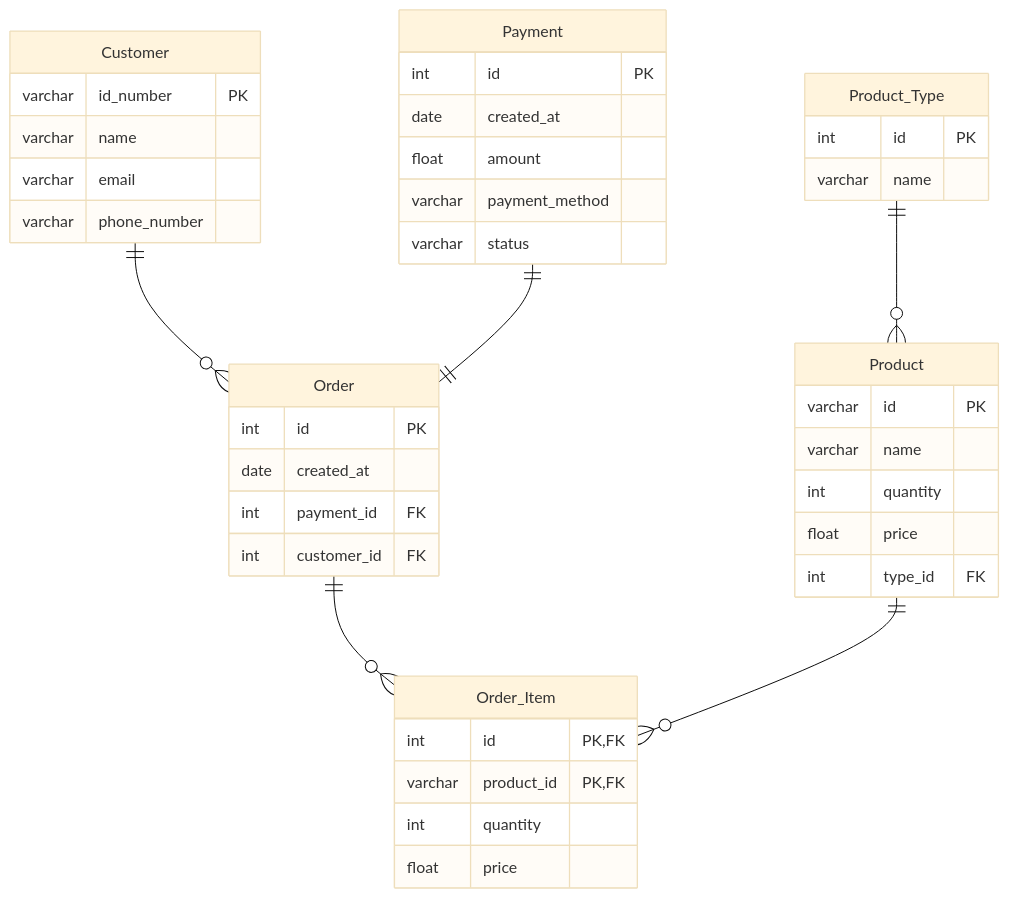
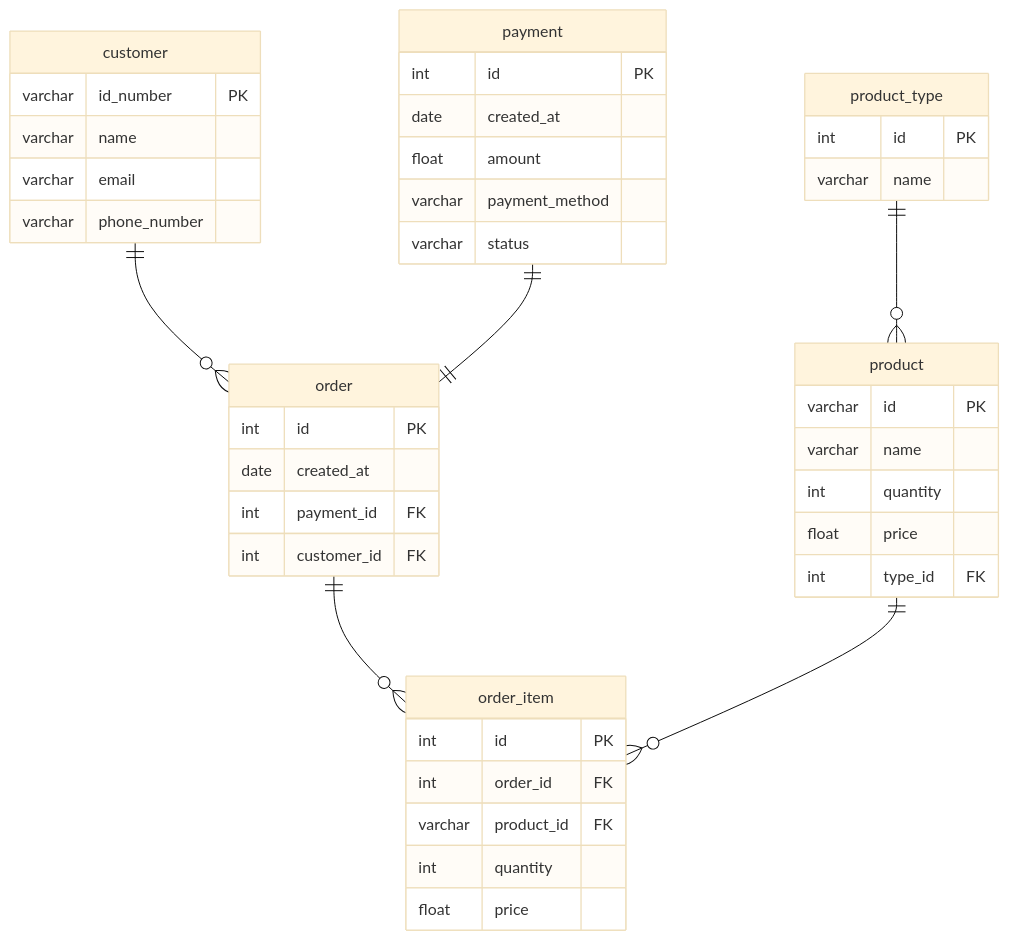
One commit to caflorezvi/guias-programacion-avanzada changed the diagram in 7.bases-datos-sql.md. Above: the diagram before and after it, drawn with Mermaid (base theme). The commit also changed other lines of this file and 2 other files, not shown here.

Commit message:
Se actualiza la guía de SQL para Pages

````diff
--- a/7.bases-datos-sql.md
+++ b/7.bases-datos-sql.md
@@ -66,50 +70,51 @@
-```mermaid
+<div class="mermaid" style="text-align: center;">
 erDiagram
-    Customer {
+    customer {
         varchar id_number PK
         varchar name
         varchar email
         varchar phone_number
     }
     
-    Product {
+    product {
         varchar id PK
         varchar name
         int quantity
         float price
         int type_id FK
     }
     
-    Product_Type {
+    product_type {
         int id PK
         varchar name
     }
     
-    Order {
+    order {
         int id PK
         date created_at
         int payment_id FK
         int customer_id FK
     }
     
-    Order_Item {
-        int id PK, FK
-        varchar product_id PK, FK
+    order_item {
+        int id PK
+        int order_id FK
+        varchar product_id FK
         int quantity
         float price
     }
     
-    Payment {
+    payment {
         int id PK
         date created_at
         float amount
         varchar payment_method
         varchar status
     }
-    
-    Customer ||--o{ Order : ""
-    Product_Type ||--o{ Product : ""
-    Order ||--o{ Order_Item : ""
-    Product ||--o{ Order_Item : ""
-    Payment ||--|| Order : ""
-```
+
+    customer ||--o{ order : ""
+    product_type ||--o{ product : ""
+    order ||--o{ order_item : ""
+    product ||--o{ order_item : ""
+    payment ||--|| order : ""
+</div>
````
